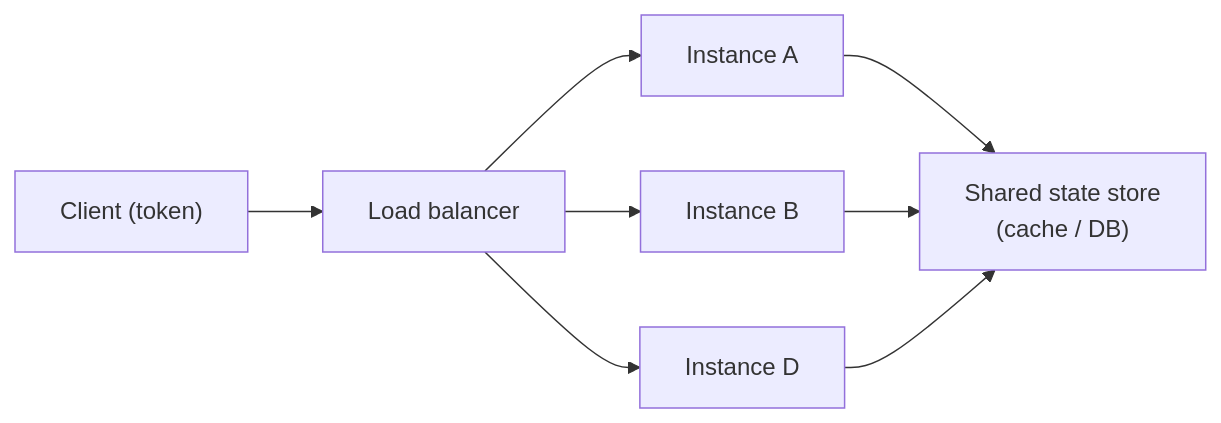
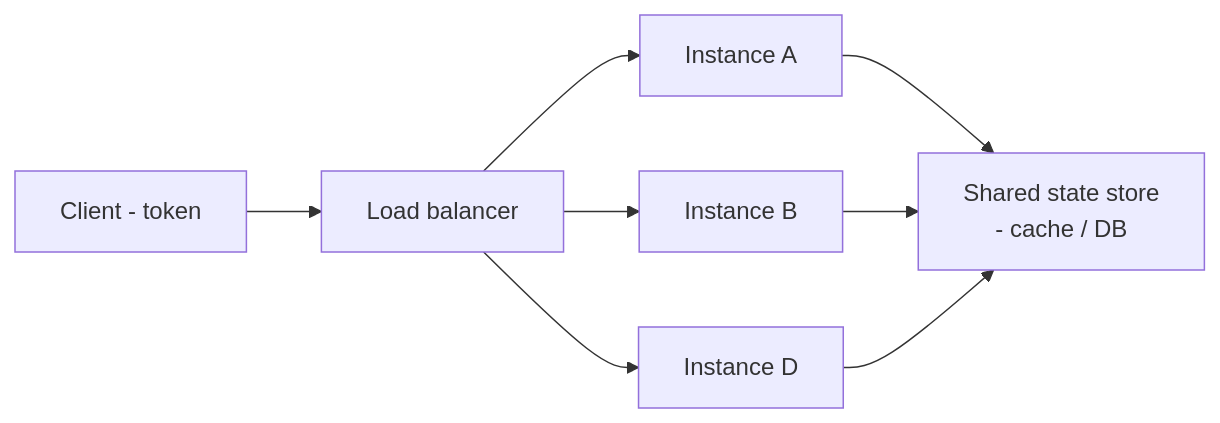
The second of 3 diagrams in docs/01-foundations/02-scalability.md (RIT-MESH/system-design-mastery), drawn with Mermaid before and after one commit. The commit also changed other lines of this file and 139 other files, not shown here.

First line of the commit message:
Fix Mermaid parse errors: replace parentheses in node labels across 140 files

````diff
--- a/docs/01-foundations/02-scalability.md
+++ b/docs/01-foundations/02-scalability.md
@@ -42,9 +42,9 @@
 ```mermaid
 %% created-for: system-design-mastery
 flowchart LR
-  C["Client (token)"] --> LB["Load balancer"]
+  C["Client - token"] --> LB["Load balancer"]
   LB --> A["Instance A"]
   LB --> B["Instance B"]
   LB --> D["Instance D"]
-  A & B & D --> S["Shared state store<br/>(cache / DB)"]
+  A & B & D --> S["Shared state store<br/> - cache / DB"]
 ```
````
